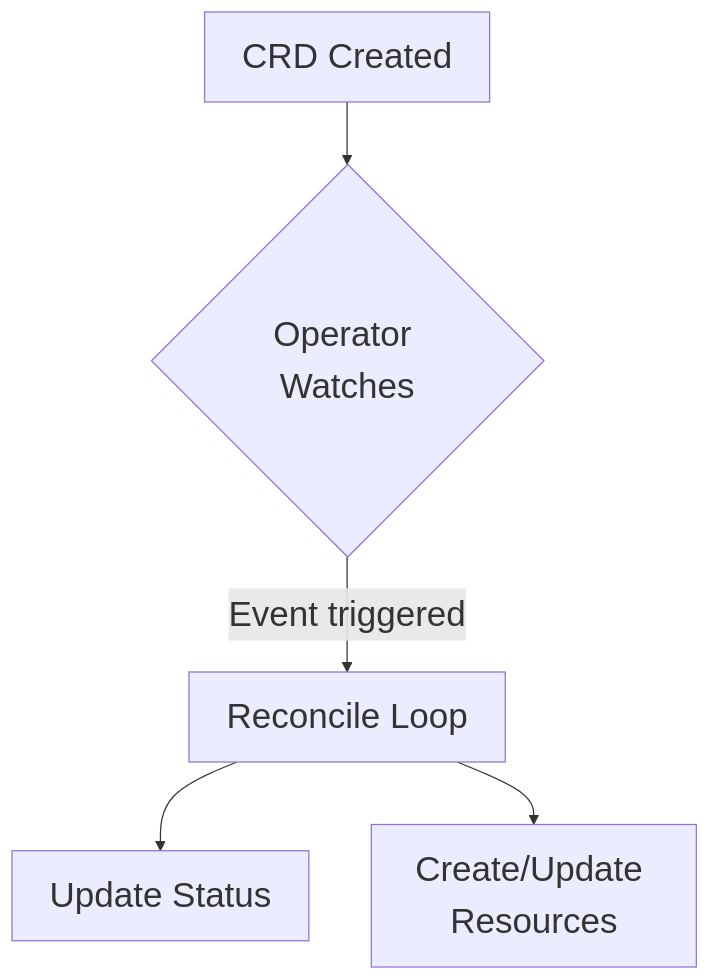
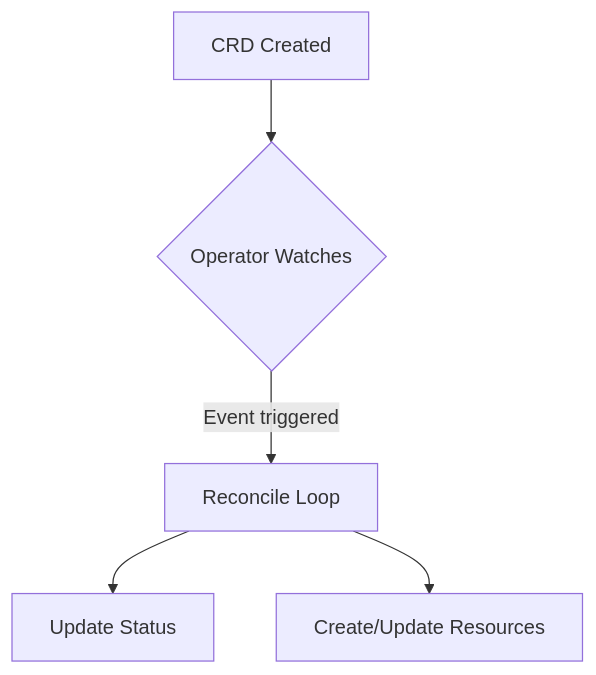
One commit to j4flmao/agent-skills changed the diagram in skills/cloud-native/kubernetes-mastery/SKILL.md. Above: the diagram before and after it, drawn with Mermaid. The commit also changed 159 other files, not shown here.

Commit message:
style(skills): Remove global fontSize 28px override to fix bounding box overlap in Mermaid subgraphs

````diff
--- a/skills/cloud-native/kubernetes-mastery/SKILL.md
+++ b/skills/cloud-native/kubernetes-mastery/SKILL.md
@@ -60,8 +60,8 @@
 ```mermaid
-%%{init: {"theme": "default", "themeVariables": {"fontSize": "28px"}, "flowchart": {"useMaxWidth": false}}}%%
+%%{init: {"theme": "default", "flowchart": {"useMaxWidth": false}}}%%
 flowchart TD
     A["CRD Created"] --> B{"Operator Watches"}
     B -->|"Event triggered"| C["Reconcile Loop"]
     C --> D["Update Status"]
     C --> E["Create/Update Resources"]
 ```
````
